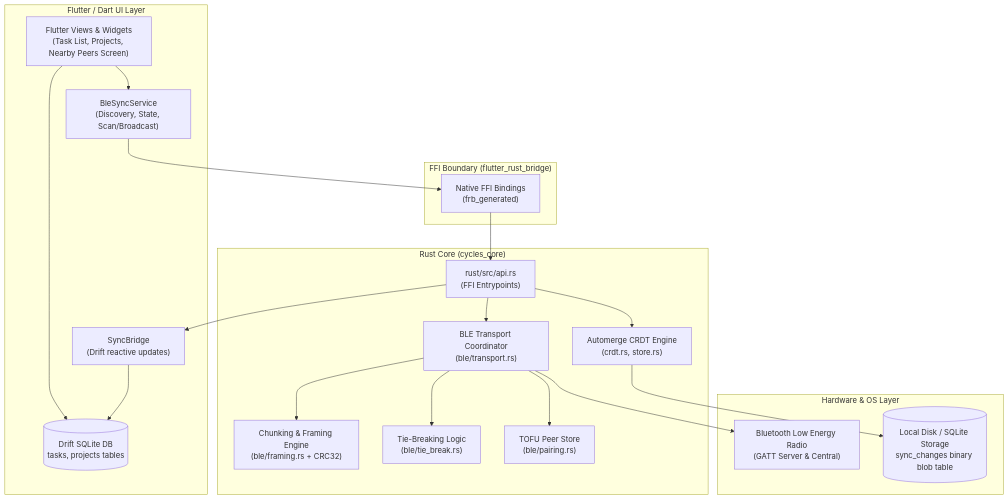
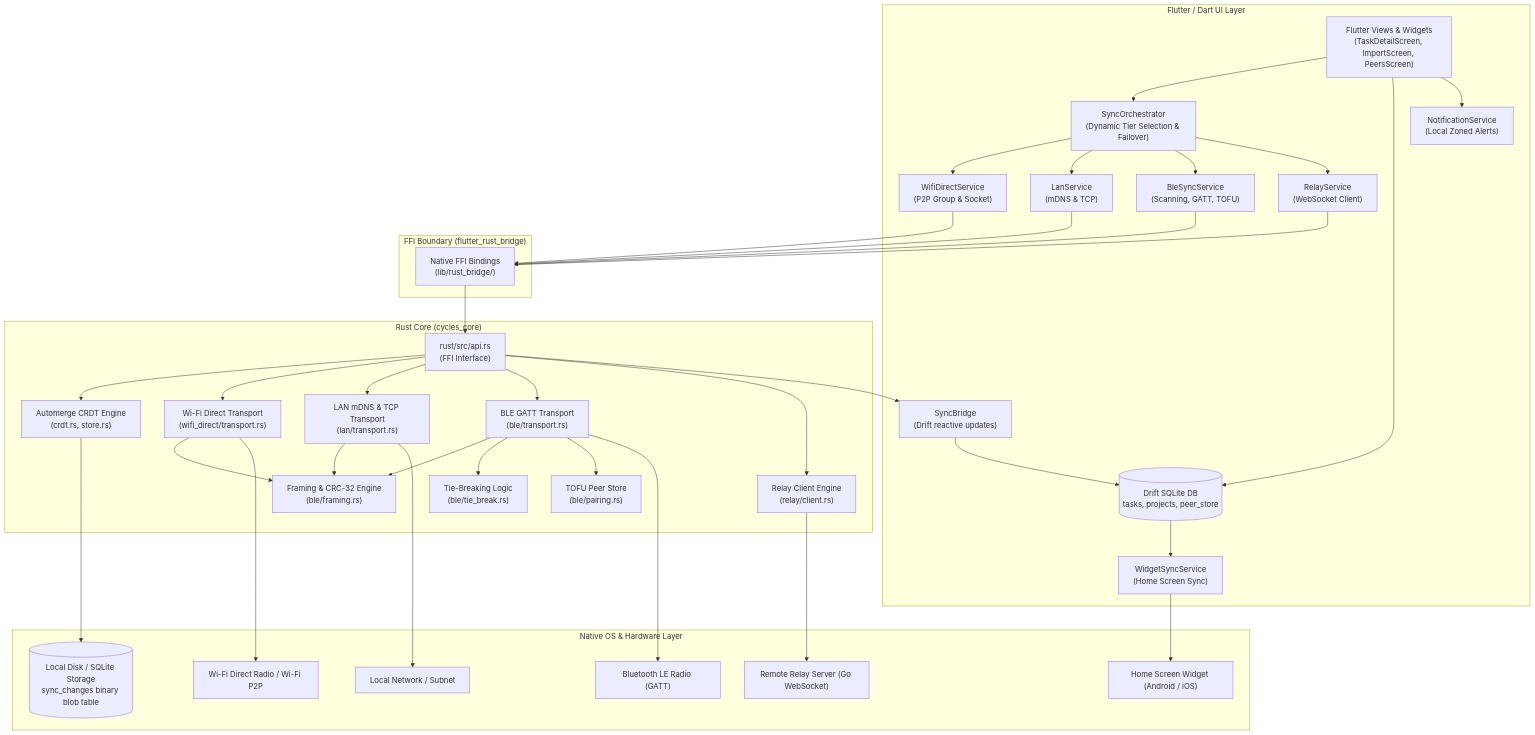
The diagram in ARCHITECTURE.md (Zenmisan/Cycle), drawn with Mermaid before and after one commit. The commit also changed other lines of this file and 42 other files, not shown here.

Commit message:
feat: complete phase 7 (task ui, notifications, import, platform polish) and full docs suite

````diff
--- a/ARCHITECTURE.md
+++ b/ARCHITECTURE.md
@@ -20,41 +20,77 @@
 ```mermaid
 graph TD
     subgraph Flutter_Dart_UI ["Flutter / Dart UI Layer"]
-        UI["Flutter Views & Widgets<br/>(Task List, Projects, Nearby Peers Screen)"]
-        BleService["BleSyncService<br/>(Discovery, State, Scan/Broadcast)"]
+        UI["Flutter Views & Widgets<br/>(TaskDetailScreen, ImportScreen, PeersScreen)"]
+        Orchestrator["SyncOrchestrator<br/>(Dynamic Tier Selection & Failover)"]
+        WFDService["WifiDirectService<br/>(P2P Group & Socket)"]
+        LanService["LanService<br/>(mDNS & TCP)"]
+        BleService["BleSyncService<br/>(Scanning, GATT, TOFU)"]
+        RelayService["RelayService<br/>(WebSocket Client)"]
         SyncBridge["SyncBridge<br/>(Drift reactive updates)"]
-        DriftDB[("Drift SQLite DB<br/>tasks, projects tables")]
+        NotifService["NotificationService<br/>(Local Zoned Alerts)"]
+        WidgetSync["WidgetSyncService<br/>(Home Screen Sync)"]
+        DriftDB[("Drift SQLite DB<br/>tasks, projects, peer_store")]
     end
 
     subgraph FFI ["FFI Boundary (flutter_rust_bridge)"]
-        FRB["Native FFI Bindings<br/>(frb_generated)"]
+        FRB["Native FFI Bindings<br/>(lib/rust_bridge/)"]
     end
 
     subgraph Rust_Core ["Rust Core (cycles_core)"]
-        API["rust/src/api.rs<br/>(FFI Entrypoints)"]
+        API["rust/src/api.rs<br/>(FFI Interface)"]
         CRDT["Automerge CRDT Engine<br/>(crdt.rs, store.rs)"]
-        Transport["BLE Transport Coordinator<br/>(ble/transport.rs)"]
-        Framing["Chunking & Framing Engine<br/>(ble/framing.rs + CRC32)"]
+        WFD_Transport["Wi-Fi Direct Transport<br/>(wifi_direct/transport.rs)"]
+        LAN_Transport["LAN mDNS & TCP Transport<br/>(lan/transport.rs)"]
+        BLE_Transport["BLE GATT Transport<br/>(ble/transport.rs)"]
+        Relay_Client["Relay Client Engine<br/>(relay/client.rs)"]
+        Framing["Framing & CRC-32 Engine<br/>(ble/framing.rs)"]
         TieBreak["Tie-Breaking Logic<br/>(ble/tie_break.rs)"]
         Pairing["TOFU Peer Store<br/>(ble/pairing.rs)"]
     end
 
-    subgraph OS_Network ["Hardware & OS Layer"]
-        BLE_HW["Bluetooth Low Energy Radio<br/>(GATT Server & Central)"]
+    subgraph OS_Network ["Native OS & Hardware Layer"]
+        WFD_HW["Wi-Fi Direct Radio / Wi-Fi P2P"]
+        LAN_HW["Local Network / Subnet"]
+        BLE_HW["Bluetooth LE Radio (GATT)"]
+        Relay_Srv["Remote Relay Server (Go WebSocket)"]
+        App_Widget["Home Screen Widget (Android / iOS)"]
         SQLite_Disk[("Local Disk / SQLite Storage<br/>sync_changes binary blob table")]
     end
 
-    UI --> BleService
+    UI --> Orchestrator
     UI --> DriftDB
+    UI --> NotifService
+    DriftDB --> WidgetSync
+    WidgetSync --> App_Widget
+
+    Orchestrator --> WFDService
+    Orchestrator --> LanService
+    Orchestrator --> BleService
+    Orchestrator --> RelayService
+
+    WFDService --> FRB
+    LanService --> FRB
     BleService --> FRB
+    RelayService --> FRB
     SyncBridge --> DriftDB
+
     FRB --> API
     API --> CRDT
-    API --> Transport
-    Transport --> Framing
-    Transport --> TieBreak
-    Transport --> Pairing
+    API --> WFD_Transport
+    API --> LAN_Transport
+    API --> BLE_Transport
+    API --> Relay_Client
+
+    WFD_Transport --> Framing
+    LAN_Transport --> Framing
+    BLE_Transport --> Framing
+    BLE_Transport --> TieBreak
+    BLE_Transport --> Pairing
+
     CRDT --> SQLite_Disk
-    Transport --> BLE_HW
+    WFD_Transport --> WFD_HW
+    LAN_Transport --> LAN_HW
+    BLE_Transport --> BLE_HW
+    Relay_Client --> Relay_Srv
     API --> SyncBridge
 ```
````
